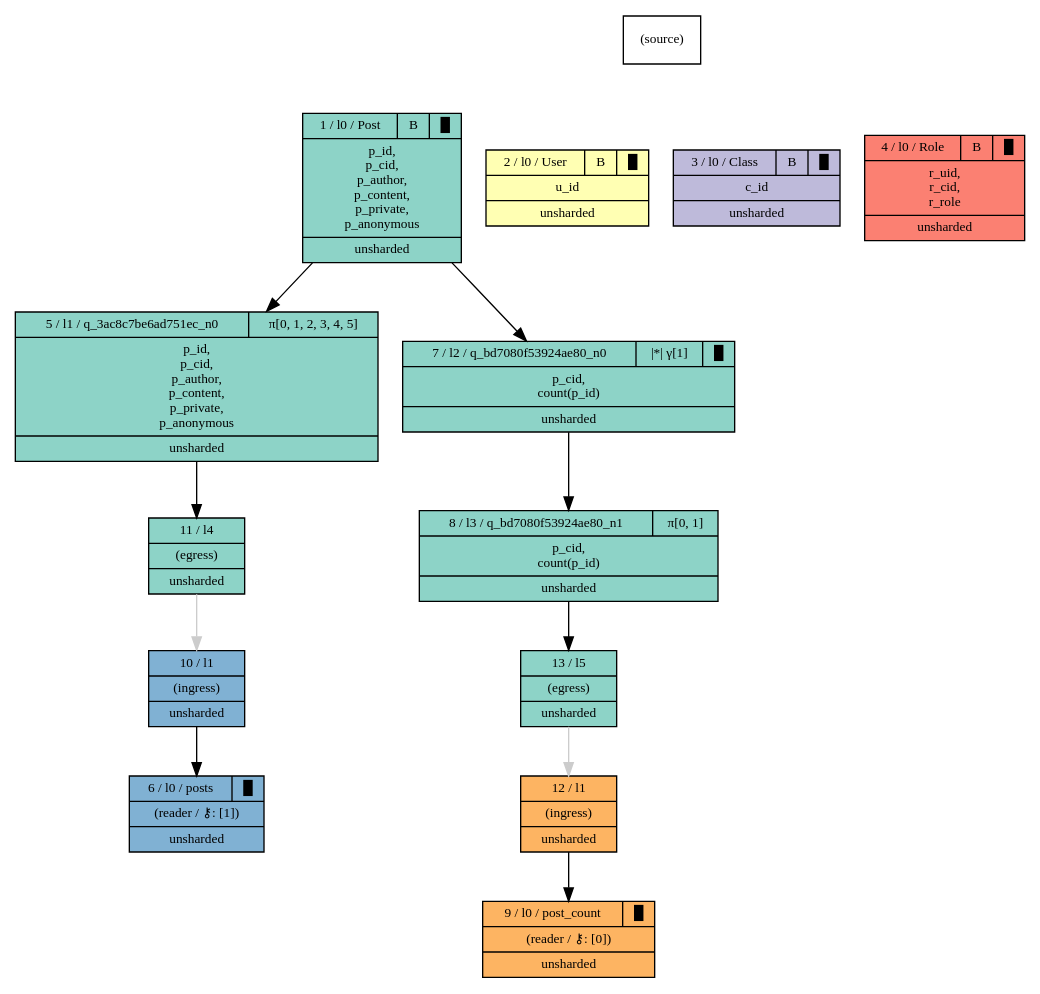
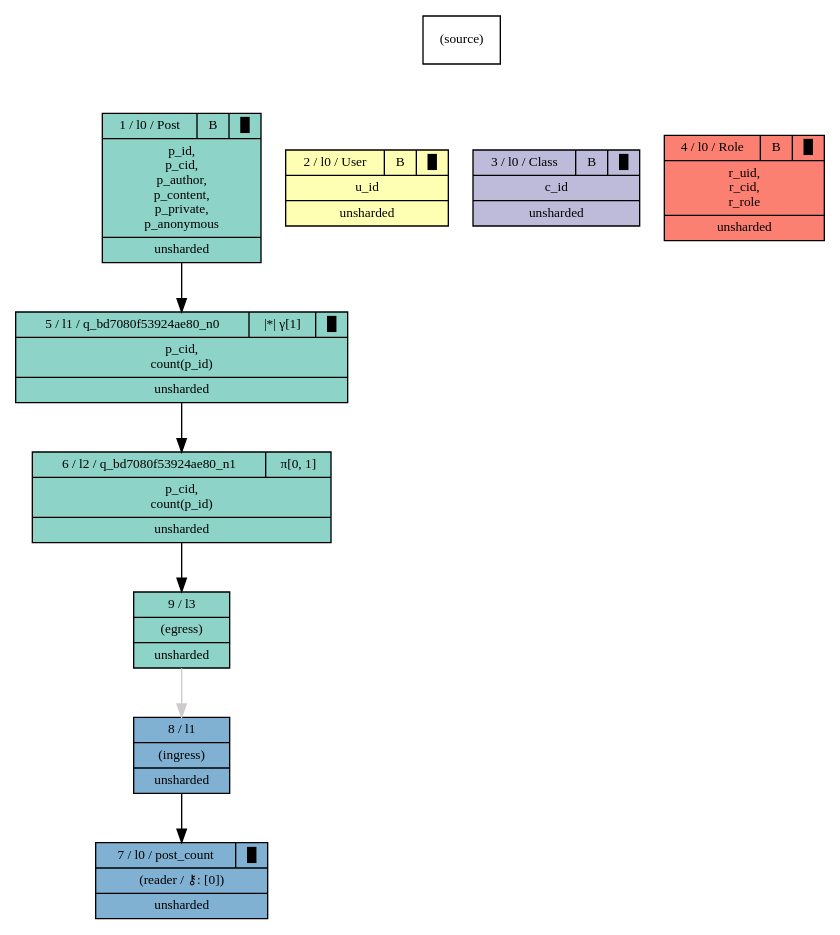
The diagram in pgraph.gv (mit-pdos/noria), drawn with Graphviz before and after one commit. The commit also changed 4 other files, not shown here.

```diff
--- a/pgraph.gv
+++ b/pgraph.gv
@@ -1,30 +1,22 @@
 digraph {{
     node [shape=record, fontsize=10]
     n0 [style="filled", fillcolor=white, label="(source)"]
     n1 [style="filled", fillcolor="/set312/1", label="{ { 1 / l0 / Post | B | █ } | p_id, \np_cid, \np_author, \np_content, \np_private, \np_anonymous | unsharded }"]
     n2 [style="filled", fillcolor="/set312/2", label="{ { 2 / l0 / User | B | █ } | u_id | unsharded }"]
     n3 [style="filled", fillcolor="/set312/3", label="{ { 3 / l0 / Class | B | █ } | c_id | unsharded }"]
     n4 [style="filled", fillcolor="/set312/4", label="{ { 4 / l0 / Role | B | █ } | r_uid, \nr_cid, \nr_role | unsharded }"]
-    n5 [style="filled", fillcolor="/set312/1", label="{{ 5 / l1 / q_3ac8c7be6ad751ec_n0 | π[0, 1, 2, 3, 4, 5]  } | p_id, \np_cid, \np_author, \np_content, \np_private, \np_anonymous | unsharded }"]
-    n6 [style="filled", fillcolor="/set312/5", label="{ { 6 / l0 / posts | █ } | (reader / ⚷: [1]) | unsharded }"]
-    n7 [style="filled", fillcolor="/set312/1", label="{{ 7 / l2 / q_bd7080f53924ae80_n0 | \|*\| γ[1] | █ } | p_cid, \ncount(p_id) | unsharded }"]
-    n8 [style="filled", fillcolor="/set312/1", label="{{ 8 / l3 / q_bd7080f53924ae80_n1 | π[0, 1]  } | p_cid, \ncount(p_id) | unsharded }"]
-    n9 [style="filled", fillcolor="/set312/6", label="{ { 9 / l0 / post_count | █ } | (reader / ⚷: [0]) | unsharded }"]
-    n10 [style="filled", fillcolor="/set312/5", label="{ { 10 / l1  } | (ingress) | unsharded }"]
-    n11 [style="filled", fillcolor="/set312/1", label="{ 11 / l4 | (egress) | unsharded }"]
-    n12 [style="filled", fillcolor="/set312/6", label="{ { 12 / l1  } | (ingress) | unsharded }"]
-    n13 [style="filled", fillcolor="/set312/1", label="{ 13 / l5 | (egress) | unsharded }"]
+    n5 [style="filled", fillcolor="/set312/1", label="{{ 5 / l1 / q_bd7080f53924ae80_n0 | \|*\| γ[1] | █ } | p_cid, \ncount(p_id) | unsharded }"]
+    n6 [style="filled", fillcolor="/set312/1", label="{{ 6 / l2 / q_bd7080f53924ae80_n1 | π[0, 1]  } | p_cid, \ncount(p_id) | unsharded }"]
+    n7 [style="filled", fillcolor="/set312/5", label="{ { 7 / l0 / post_count | █ } | (reader / ⚷: [0]) | unsharded }"]
+    n8 [style="filled", fillcolor="/set312/5", label="{ { 8 / l1  } | (ingress) | unsharded }"]
+    n9 [style="filled", fillcolor="/set312/1", label="{ 9 / l3 | (egress) | unsharded }"]
     n0 -> n1 [ style=invis ]
     n0 -> n2 [ style=invis ]
     n0 -> n3 [ style=invis ]
     n0 -> n4 [ style=invis ]
     n1 -> n5 [  ]
-    n5 -> n11 [  ]
-    n1 -> n7 [  ]
-    n7 -> n8 [  ]
-    n8 -> n13 [  ]
-    n10 -> n6 [  ]
-    n11 -> n10 [ color="#CCCCCC" ]
-    n12 -> n9 [  ]
-    n13 -> n12 [ color="#CCCCCC" ]
+    n5 -> n6 [  ]
+    n6 -> n9 [  ]
+    n8 -> n7 [  ]
+    n9 -> n8 [ color="#CCCCCC" ]
 }}
```
